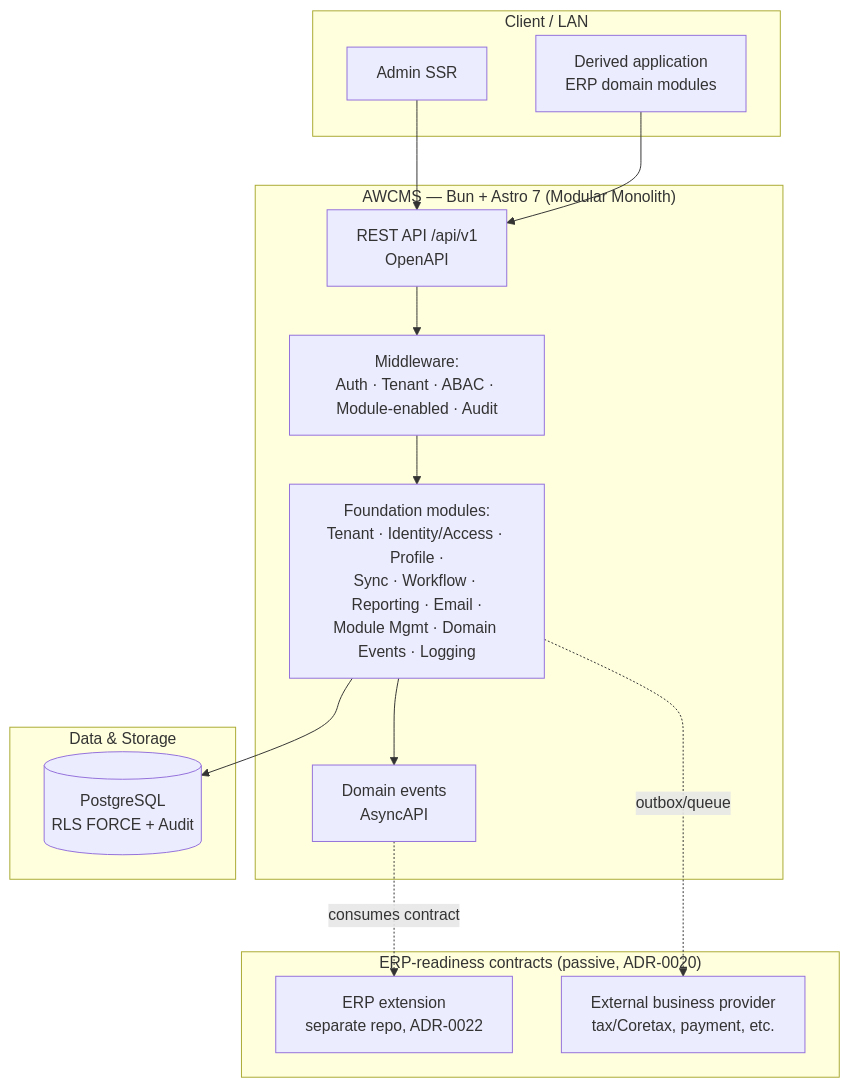
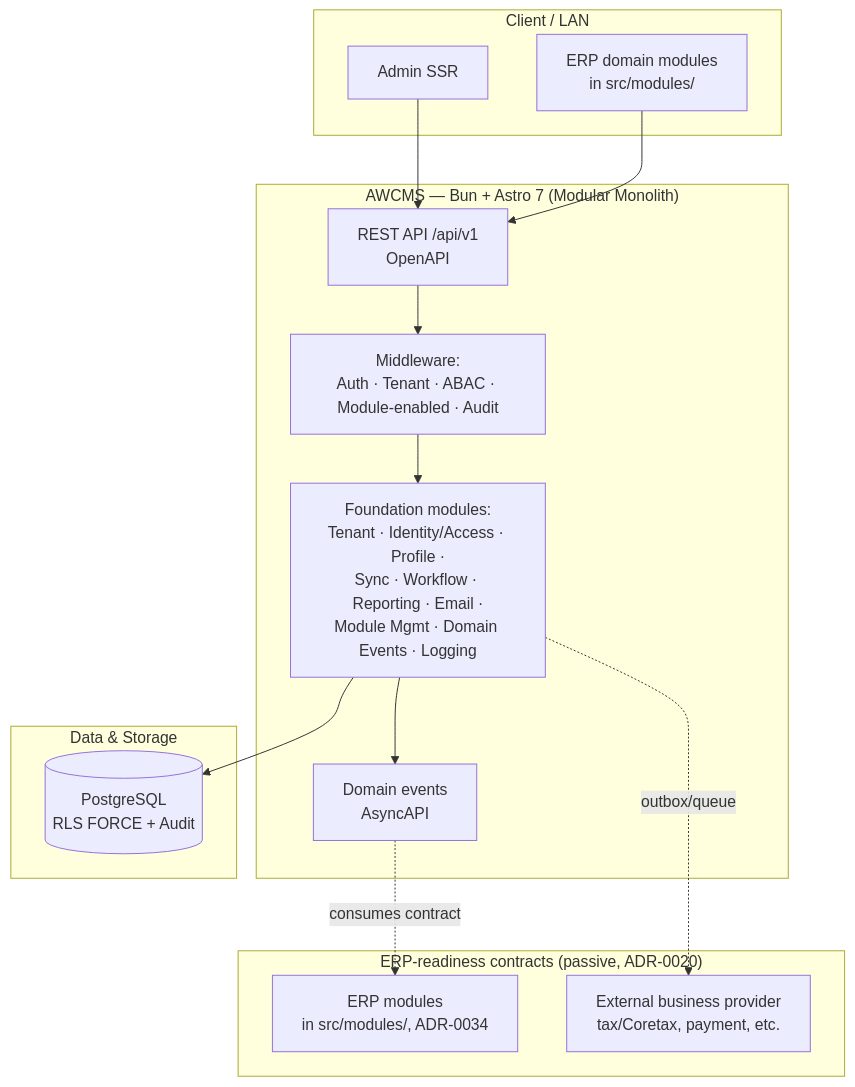
Before and after one commit to ahliweb/awcms: the first of 3 diagrams in README.md, drawn with Mermaid. The commit also changed other lines of this file and 10 other files, not shown here.

````diff
--- a/README.md
+++ b/README.md
@@ -68,31 +68,31 @@
 ```mermaid
 flowchart TB
   subgraph Client["Client / LAN"]
     ADM[Admin SSR]
-    APP[Derived application<br/>ERP domain modules]
+    APP[ERP domain modules<br/>in src/modules/]
   end
 
   subgraph App["AWCMS — Bun + Astro 7 (Modular Monolith)"]
     API[REST API /api/v1<br/>OpenAPI]
     MW[Middleware:<br/>Auth · Tenant · ABAC · Module-enabled · Audit]
     MOD[Foundation modules:<br/>Tenant · Identity/Access · Profile ·<br/>Sync · Workflow · Reporting · Email ·<br/>Module Mgmt · Domain Events · Logging]
     EVT[Domain events<br/>AsyncAPI]
   end
 
   subgraph Data["Data & Storage"]
     PG[(PostgreSQL<br/>RLS FORCE + Audit)]
   end
 
   subgraph Ext["ERP-readiness contracts (passive, ADR-0020)"]
-    ERP[ERP extension<br/>separate repo, ADR-0022]
+    ERP[ERP modules<br/>in src/modules/, ADR-0034]
     PROV[External business provider<br/>tax/Coretax, payment, etc.]
   end
 
   ADM --> API
   APP --> API
   API --> MW --> MOD
   MOD --> PG
   MOD --> EVT
   MOD -. outbox/queue .-> PROV
   EVT -. consumes contract .-> ERP
 ```
````
